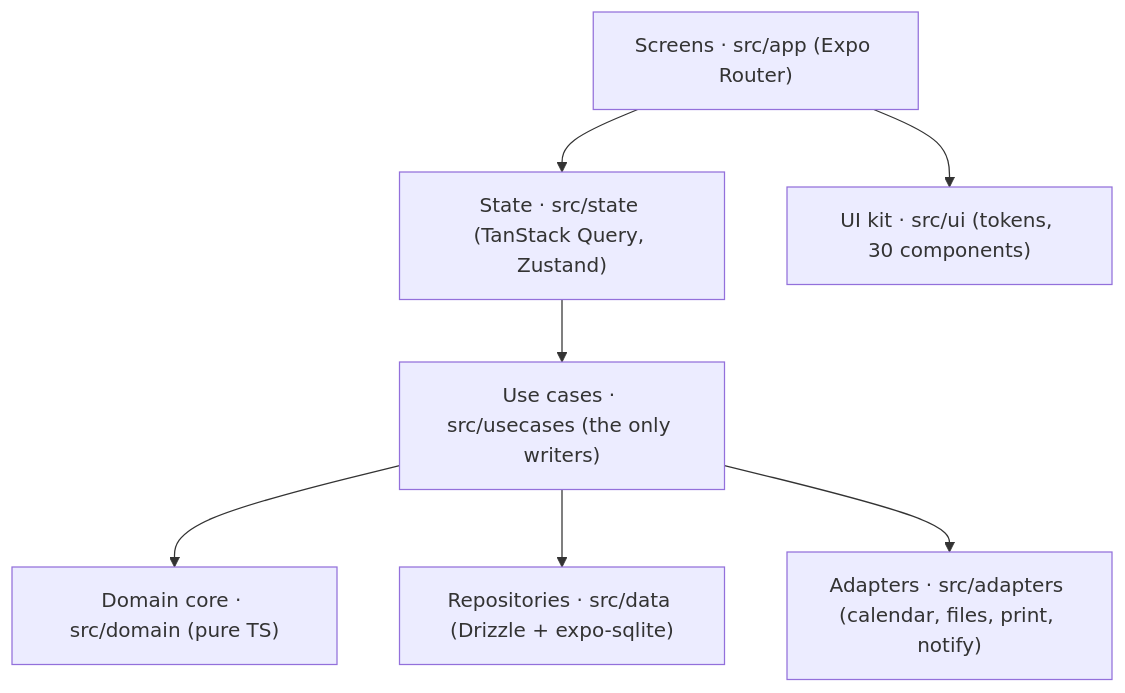
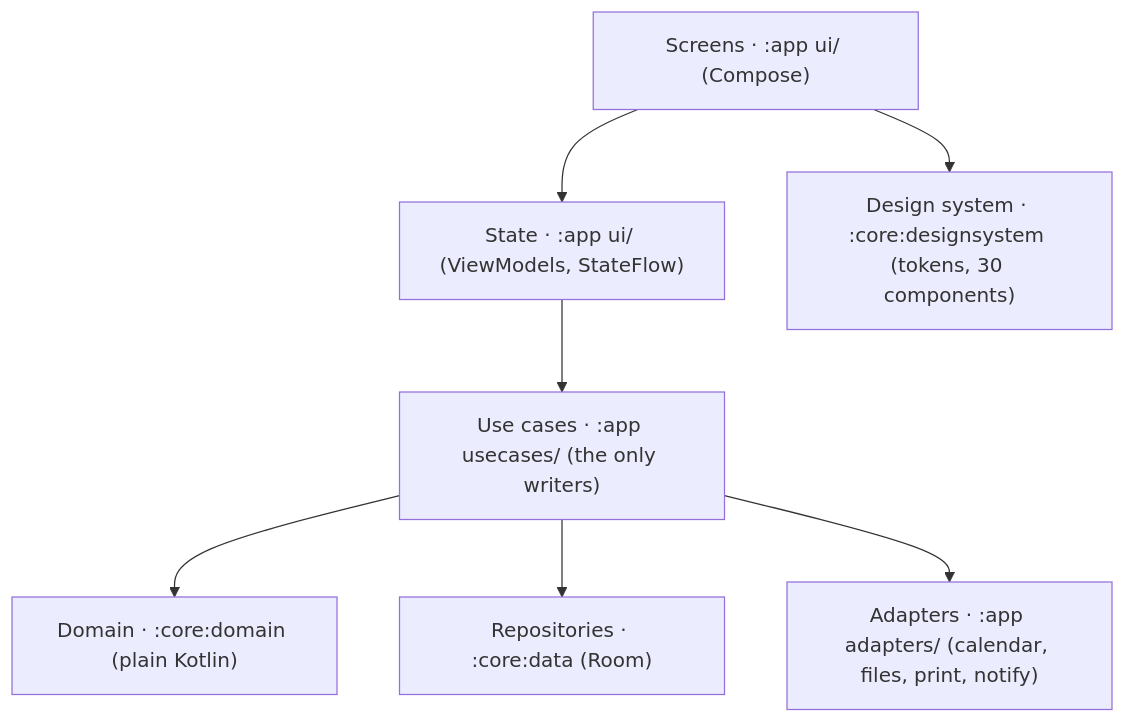
One commit to vmleroy/tutora-classbook changed the diagram in docs/architecture.md. Above: the diagram before and after it, drawn with Mermaid. The commit also changed other lines of this file and 254 other files, not shown here.

First line of the commit message:
Rebuild in native Kotlin + Compose: archive the Expo version, amend the constitution (#8)

````diff
--- a/docs/architecture.md
+++ b/docs/architecture.md
@@ -48,9 +41,9 @@
 ```mermaid
 flowchart TD
-    S["Screens · src/app (Expo Router)"] --> ST["State · src/state (TanStack Query, Zustand)"]
-    ST --> U["Use cases · src/usecases (the only writers)"]
-    U --> D["Domain core · src/domain (pure TS)"]
-    U --> R["Repositories · src/data (Drizzle + expo-sqlite)"]
-    U --> A["Adapters · src/adapters (calendar, files, print, notify)"]
-    S --> UI["UI kit · src/ui (tokens, 30 components)"]
+    S["Screens · :app ui/ (Compose)"] --> ST["State · :app ui/ (ViewModels, StateFlow)"]
+    ST --> U["Use cases · :app usecases/ (the only writers)"]
+    U --> D["Domain · :core:domain (plain Kotlin)"]
+    U --> R["Repositories · :core:data (Room)"]
+    U --> A["Adapters · :app adapters/ (calendar, files, print, notify)"]
+    S --> UI["Design system · :core:designsystem (tokens, 30 components)"]
 ```
````
